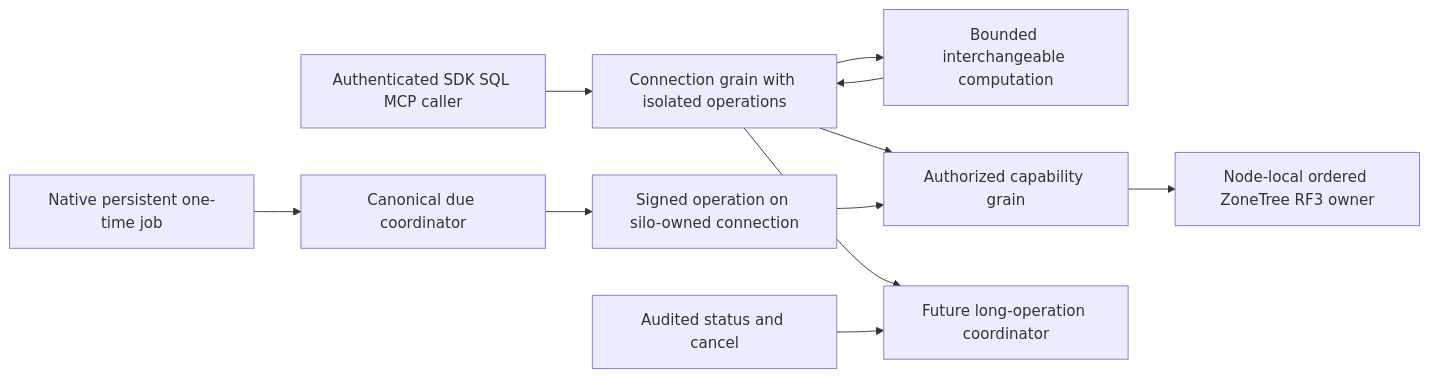
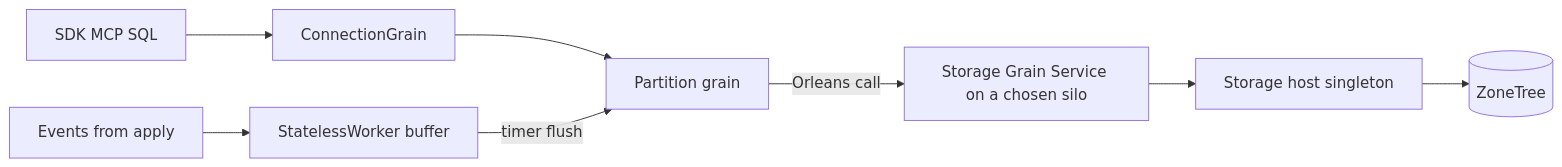
The diagram in docs/Features/ClusterRouting/ExecutionPrimitives.md (managedcode/KeyLoad), drawn with Mermaid before and after one commit. The commit also changed other lines of this file and 7356 other files, not shown here.

First line of the commit message:
Replace custom consensus with native Orleans storage services

````diff
--- a/docs/Features/ClusterRouting/ExecutionPrimitives.md
+++ b/docs/Features/ClusterRouting/ExecutionPrimitives.md
@@ -153,13 +21,10 @@
 ```mermaid
 flowchart LR
-    Caller[Authenticated SDK SQL MCP caller] --> Request[Connection grain with isolated operations]
-    Request --> Worker[Bounded interchangeable computation]
-    Worker --> Request
-    Request --> Capability[Authorized capability grain]
-    Job[Native persistent one-time job] --> Due[Canonical due coordinator]
-    Due --> Fresh[Signed operation on silo-owned connection]
-    Fresh --> Capability
-    Capability --> Host[Node-local ordered ZoneTree RF3 owner]
-    Request --> Operation[Future long-operation coordinator]
-    Control[Audited status and cancel] --> Operation
+    Api[SDK MCP SQL] --> Conn[ConnectionGrain]
+    Conn --> Part[Partition grain]
+    Part -->|Orleans call| Svc[Storage Grain Service on a chosen silo]
+    Svc --> Host[Storage host singleton]
+    Host --> Zt[(ZoneTree)]
+    Ev[Events from apply] --> Wk[StatelessWorker buffer]
+    Wk -->|timer flush| Part
 ```
````
